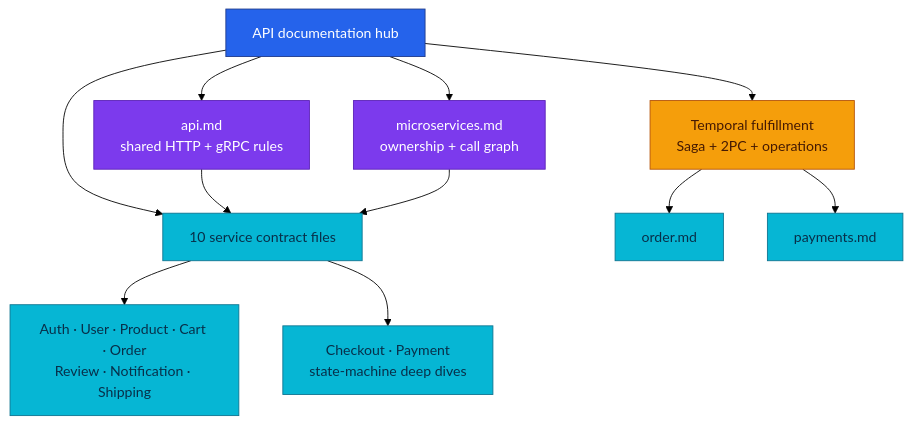
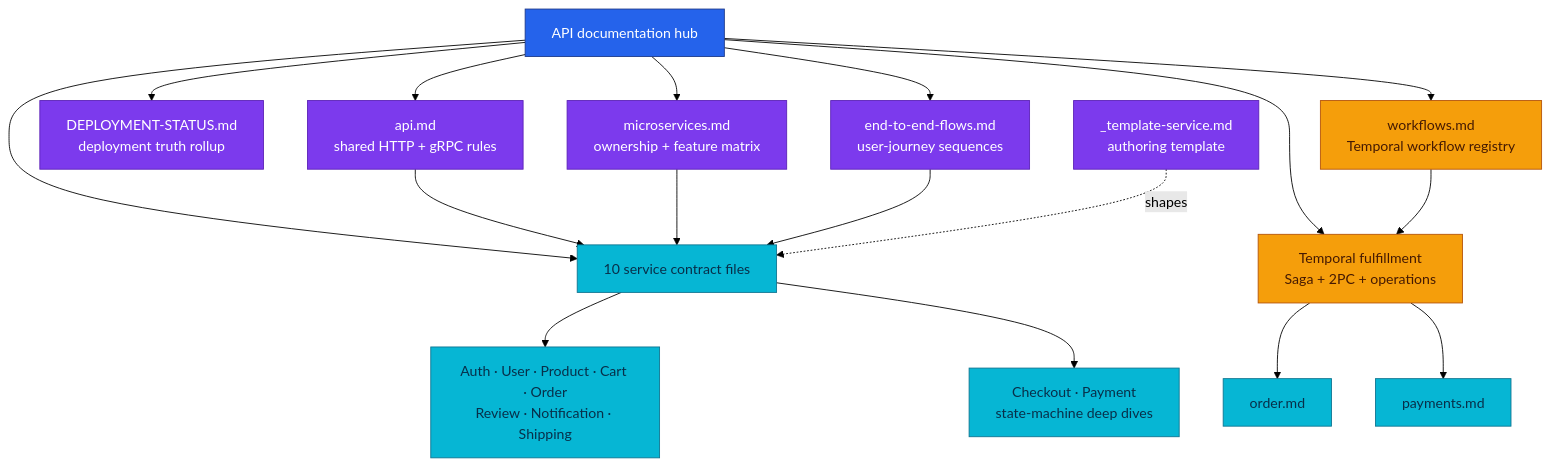
One commit to duynhlab/homelab changed the diagram in docs/api/README.md. Above: the diagram before and after it, drawn with Mermaid (forest theme). The commit also changed other lines of this file and 20 other files, not shown here.

````diff
--- a/docs/api/README.md
+++ b/docs/api/README.md
@@ -14,22 +14,28 @@
 ```mermaid
 flowchart TD
     Hub["API documentation hub"] --> Shared["api.md<br/>shared HTTP + gRPC rules"]
-    Hub --> Catalog["microservices.md<br/>ownership + call graph"]
+    Hub --> Status["DEPLOYMENT-STATUS.md<br/>deployment truth rollup"]
+    Hub --> Catalog["microservices.md<br/>ownership + feature matrix"]
+    Hub --> Flows["end-to-end-flows.md<br/>user-journey sequences"]
     Hub --> Contracts["10 service contract files"]
+    Hub --> Workflows["workflows.md<br/>Temporal workflow registry"]
     Hub --> Saga["Temporal fulfillment<br/>Saga + 2PC + operations"]
     Contracts --> Basic["Auth · User · Product · Cart · Order<br/>Review · Notification · Shipping"]
     Contracts --> Deep["Checkout · Payment<br/>state-machine deep dives"]
     Shared --> Contracts
     Catalog --> Contracts
+    Flows --> Contracts
+    Workflows --> Saga
+    Template["_template-service.md<br/>authoring template"] -.->|"shapes"| Contracts
     Saga --> Order["order.md"]
     Saga --> Payment["payments.md"]
 
     classDef hub fill:#2563eb,color:#fff,stroke:#1e3a8a;
     classDef guide fill:#7c3aed,color:#fff,stroke:#5b21b6;
     classDef contract fill:#06b6d4,color:#082f49,stroke:#0e7490;
     classDef workflow fill:#f59e0b,color:#451a03,stroke:#b45309;
     class Hub hub;
-    class Shared,Catalog guide;
+    class Shared,Catalog,Status,Flows,Template guide;
     class Contracts,Basic,Deep,Order,Payment contract;
-    class Saga workflow;
+    class Saga,Workflows workflow;
 ```
````
